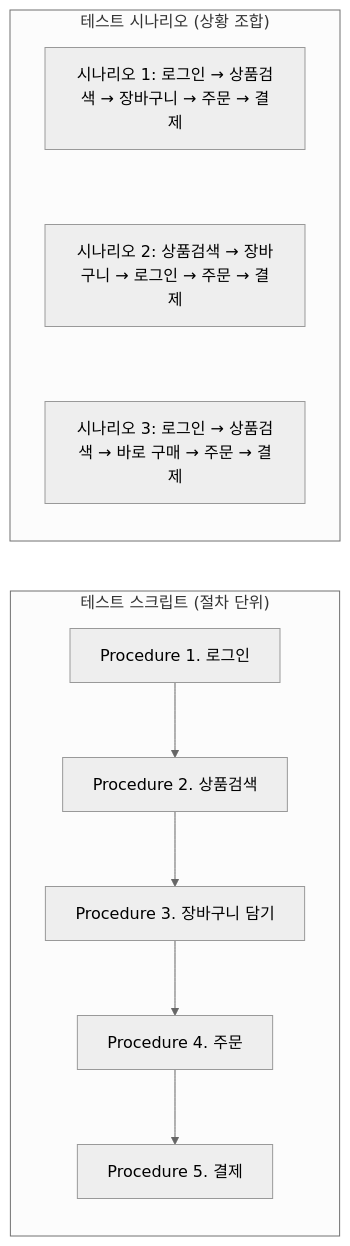
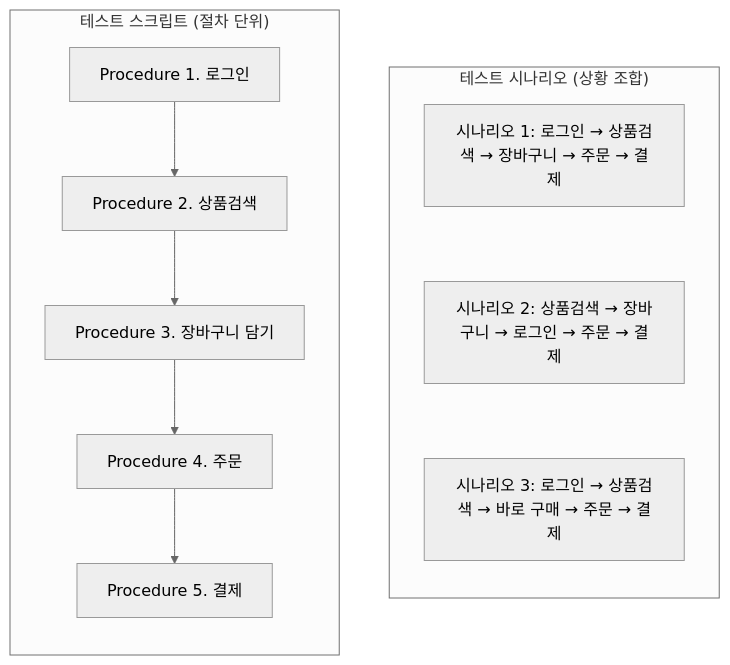
The first of 7 diagrams in _posts/2026-07-19-eip-test-case-study-3.md (sungjin-dev/sungjin-dev.github.io), drawn with Mermaid (neutral theme) before and after one commit.

````diff
--- a/_posts/2026-07-19-eip-test-case-study-3.md
+++ b/_posts/2026-07-19-eip-test-case-study-3.md
@@ -290,21 +290,23 @@
 ```mermaid
 flowchart LR
-    %% 왼쪽 블록: 테스트 스크립트
     subgraph Script ["테스트 스크립트 (절차 단위)"]
         direction TB
-        P1["Procedure 1. 로그인"] --> P2["Procedure 2. 상품검색"] --> P3["Procedure 3. 장바구니 담기"] --> P4["Procedure 4. 주문"] --> P5["Procedure 5. 결제"]
+        P1["Procedure 1. 로그인"] --> P2["Procedure 2. 상품검색"] 
+        P2 --> P3["Procedure 3. 장바구니 담기"] 
+        P3 --> P4["Procedure 4. 주문"] 
+        P4 --> P5["Procedure 5. 결제"]
     end
 
-    %% 오른쪽 블록: 테스트 시나리오
     subgraph Scenario ["테스트 시나리오 (상황 조합)"]
         direction TB
         S1["시나리오 1: 로그인 → 상품검색 → 장바구니 → 주문 → 결제"]
-        
         S2["시나리오 2: 상품검색 → 장바구니 → 로그인 → 주문 → 결제"]
-        
         S3["시나리오 3: 로그인 → 상품검색 → 바로 구매 → 주문 → 결제"]
         
-        %% 시나리오 박스들이 세로로 예쁘게 정렬되도록 투명 선(~~~)으로 연결
+        %% 세로 정렬을 위한 투명선
         S1 ~~~ S2 ~~~ S3
     end
+
+    %% 💡 핵심 트릭: 왼쪽 그룹과 오른쪽 그룹을 보이지 않는 선으로 강제 연결하여 좌우 배치를 만듭니다.
+    P1 ~~~ S1
 ```
````
